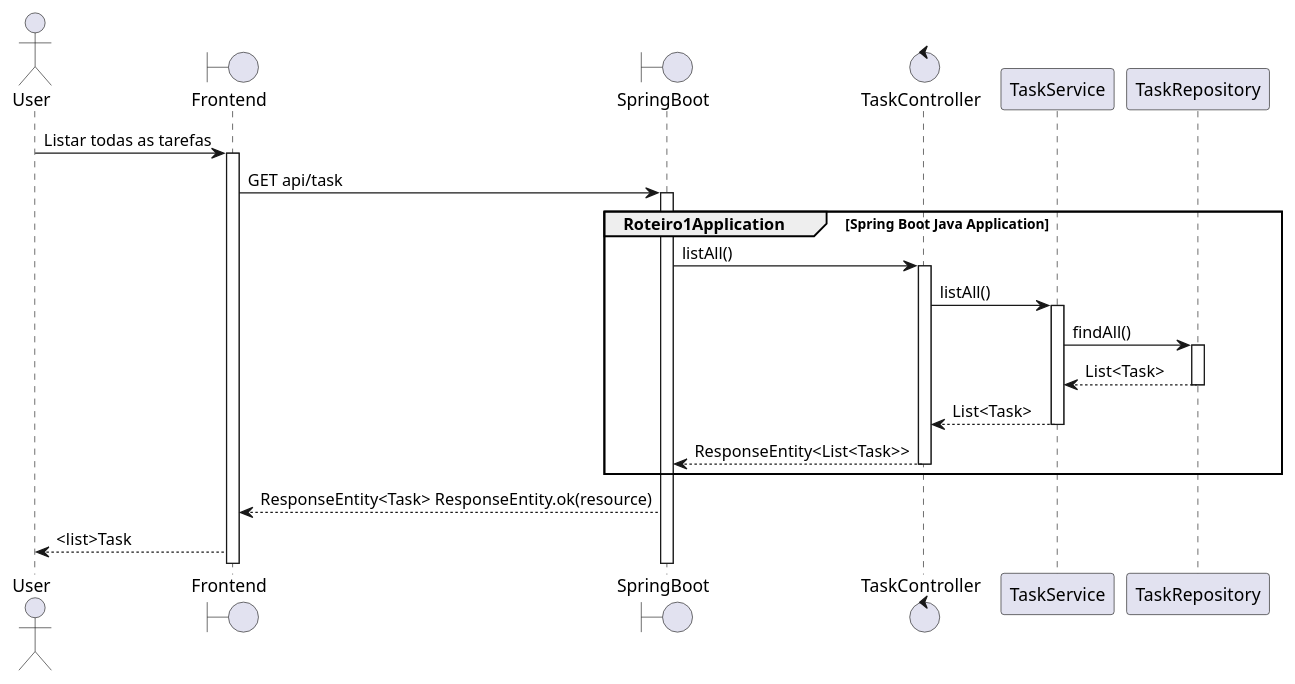
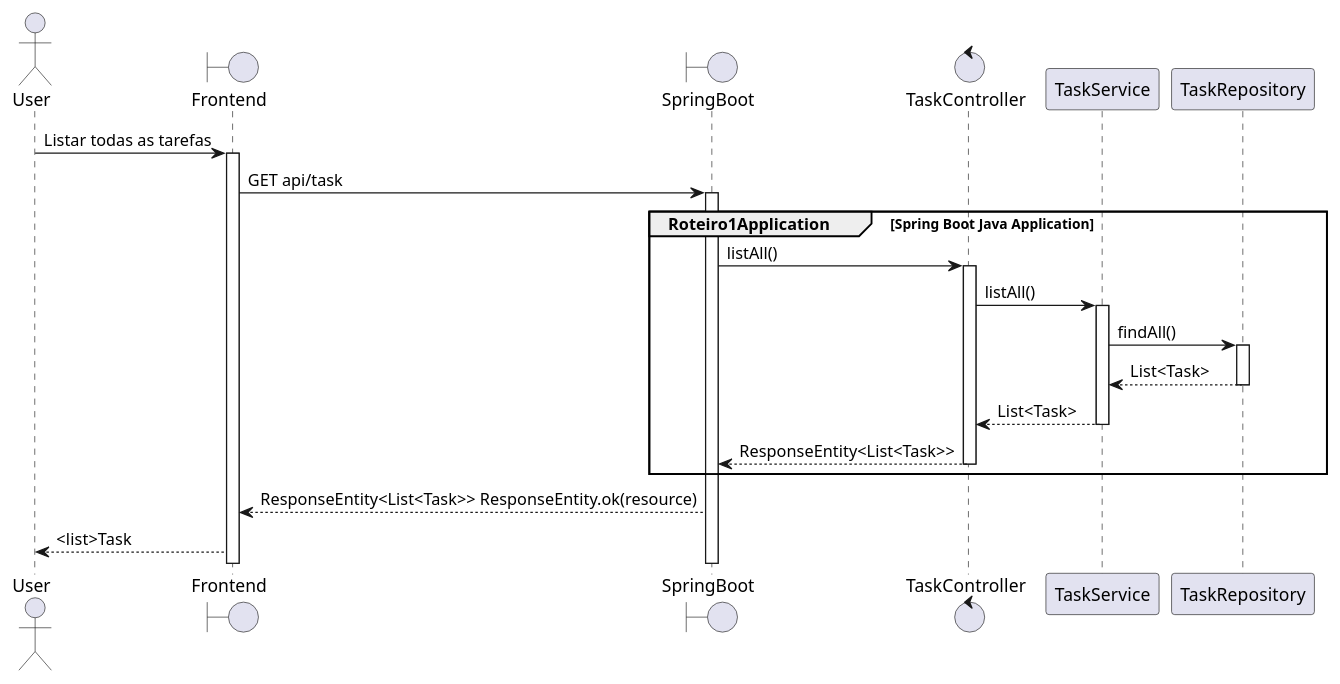
One commit to luccaovf/LabSoftware changed the diagram in docs/diagramas_sequencia/getAll.puml. Above: the diagram before and after it, drawn with PlantUML.

Commit message:
UPDATE pqueno erro getAll.puml

```diff
--- a/docs/diagramas_sequencia/getAll.puml
+++ b/docs/diagramas_sequencia/getAll.puml
@@ -1,28 +1,28 @@
 @startuml
 actor User
 Boundary Frontend
 Boundary SpringBoot
 Control TaskController
 Participant TaskService
 Participant TaskRepository
 User -> Frontend: Listar todas as tarefas
 activate Frontend
 Frontend -> SpringBoot: GET api/task
 group Roteiro1Application [Spring Boot Java Application]
 activate SpringBoot
 SpringBoot -> TaskController: listAll()
 activate TaskController
 TaskController -> TaskService: listAll()
 activate TaskService
 TaskService -> TaskRepository: findAll()
 activate TaskRepository
 TaskRepository --> TaskService: List<Task>
 deactivate TaskRepository
 TaskService --> TaskController: List<Task>
 deactivate TaskService
 TaskController --> SpringBoot: ResponseEntity<List<Task>>
 deactivate TaskController
 end
-SpringBoot --> Frontend : ResponseEntity<Task> ResponseEntity.ok(resource)
+SpringBoot --> Frontend : ResponseEntity<List<Task>> ResponseEntity.ok(resource)
 Frontend --> User: <list>Task
 @enduml
```
